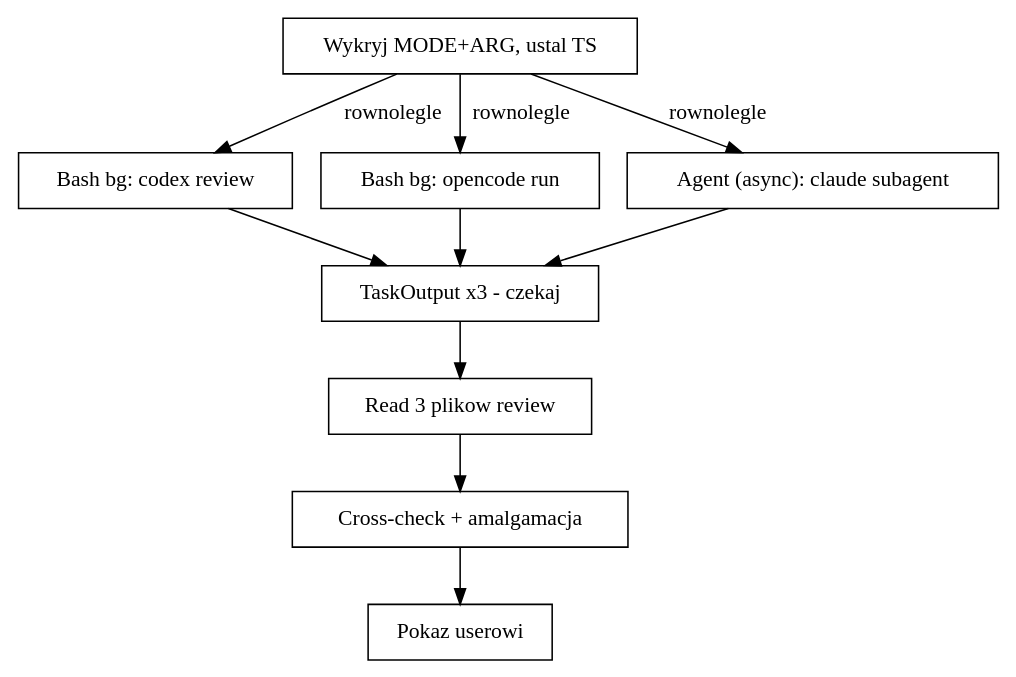
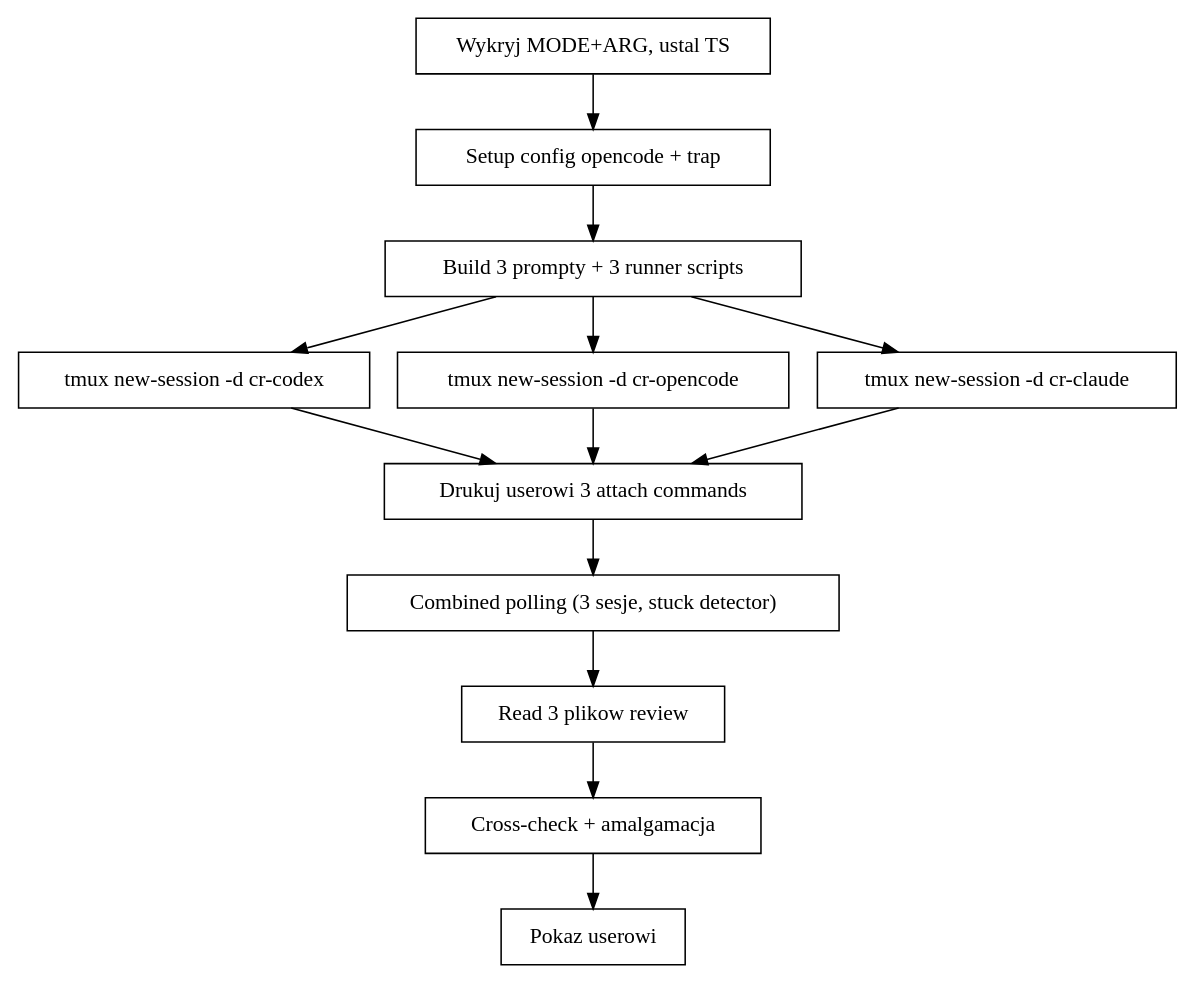
One commit to iplweb/claude-skills changed the diagram in plugins/code-review-external/skills/code-review-external/SKILL.md. Above: the diagram before and after it, drawn with Graphviz. The commit also changed other lines of this file and 14 other files, not shown here.

````diff
--- a/plugins/code-review-external/skills/code-review-external/SKILL.md
+++ b/plugins/code-review-external/skills/code-review-external/SKILL.md
@@ -44,22 +47,28 @@
 ```dot
 digraph flow {
   "Wykryj MODE+ARG, ustal TS" [shape=box];
-  "Bash bg: codex review" [shape=box];
-  "Bash bg: opencode run" [shape=box];
-  "Agent (async): claude subagent" [shape=box];
-  "TaskOutput x3 - czekaj" [shape=box];
+  "Setup config opencode + trap" [shape=box];
+  "Build 3 prompty + 3 runner scripts" [shape=box];
+  "tmux new-session -d cr-codex" [shape=box];
+  "tmux new-session -d cr-opencode" [shape=box];
+  "tmux new-session -d cr-claude" [shape=box];
+  "Drukuj userowi 3 attach commands" [shape=box];
+  "Combined polling (3 sesje, stuck detector)" [shape=box];
   "Read 3 plikow review" [shape=box];
   "Cross-check + amalgamacja" [shape=box];
   "Pokaz userowi" [shape=box];
 
-  "Wykryj MODE+ARG, ustal TS" -> "Bash bg: codex review" [label="rownolegle"];
-  "Wykryj MODE+ARG, ustal TS" -> "Bash bg: opencode run" [label="rownolegle"];
-  "Wykryj MODE+ARG, ustal TS" -> "Agent (async): claude subagent" [label="rownolegle"];
-  "Bash bg: codex review" -> "TaskOutput x3 - czekaj";
-  "Bash bg: opencode run" -> "TaskOutput x3 - czekaj";
-  "Agent (async): claude subagent" -> "TaskOutput x3 - czekaj";
-  "TaskOutput x3 - czekaj" -> "Read 3 plikow review";
+  "Wykryj MODE+ARG, ustal TS" -> "Setup config opencode + trap";
+  "Setup config opencode + trap" -> "Build 3 prompty + 3 runner scripts";
+  "Build 3 prompty + 3 runner scripts" -> "tmux new-session -d cr-codex";
+  "Build 3 prompty + 3 runner scripts" -> "tmux new-session -d cr-opencode";
+  "Build 3 prompty + 3 runner scripts" -> "tmux new-session -d cr-claude";
+  "tmux new-session -d cr-codex" -> "Drukuj userowi 3 attach commands";
+  "tmux new-session -d cr-opencode" -> "Drukuj userowi 3 attach commands";
+  "tmux new-session -d cr-claude" -> "Drukuj userowi 3 attach commands";
+  "Drukuj userowi 3 attach commands" -> "Combined polling (3 sesje, stuck detector)";
+  "Combined polling (3 sesje, stuck detector)" -> "Read 3 plikow review";
   "Read 3 plikow review" -> "Cross-check + amalgamacja";
   "Cross-check + amalgamacja" -> "Pokaz userowi";
 }
 ```
````
